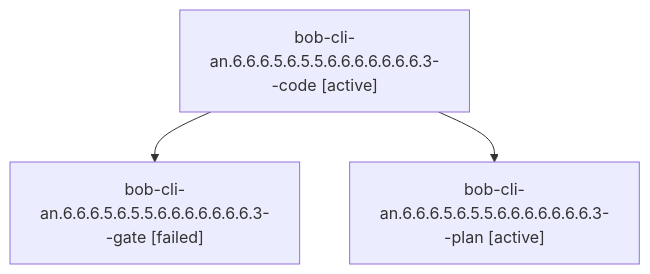
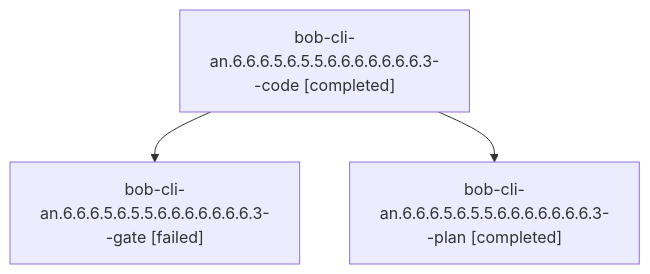
The diagram in sessions/bbugyi200.athena.bob-cli-an.6.6.6.5.6.5.5.6.6.6.6.6.6.6.3.md (bobs-org/bob-cli--agents), drawn with Mermaid before and after one commit. The commit also changed other lines of this file and 236 other files, not shown here.

````diff
--- a/sessions/bbugyi200.athena.bob-cli-an.6.6.6.5.6.5.5.6.6.6.6.6.6.6.3.md
+++ b/sessions/bbugyi200.athena.bob-cli-an.6.6.6.5.6.5.5.6.6.6.6.6.6.6.3.md
@@ -9,8 +9,8 @@
 ```mermaid
 flowchart TD
-  n0["bob-cli-an.6.6.6.5.6.5.5.6.6.6.6.6.6.6.3--code [active]"]
+  n0["bob-cli-an.6.6.6.5.6.5.5.6.6.6.6.6.6.6.3--code [completed]"]
   n1["bob-cli-an.6.6.6.5.6.5.5.6.6.6.6.6.6.6.3--gate [failed]"]
   n0 --> n1
-  n2["bob-cli-an.6.6.6.5.6.5.5.6.6.6.6.6.6.6.3--plan [active]"]
+  n2["bob-cli-an.6.6.6.5.6.5.5.6.6.6.6.6.6.6.3--plan [completed]"]
   n0 --> n2
 ```
````
